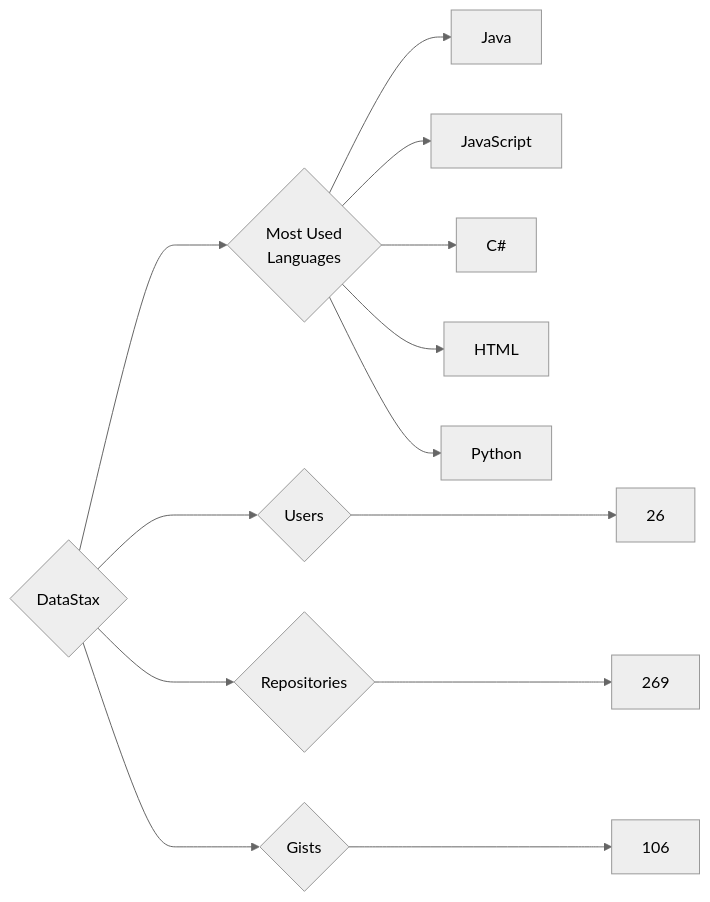
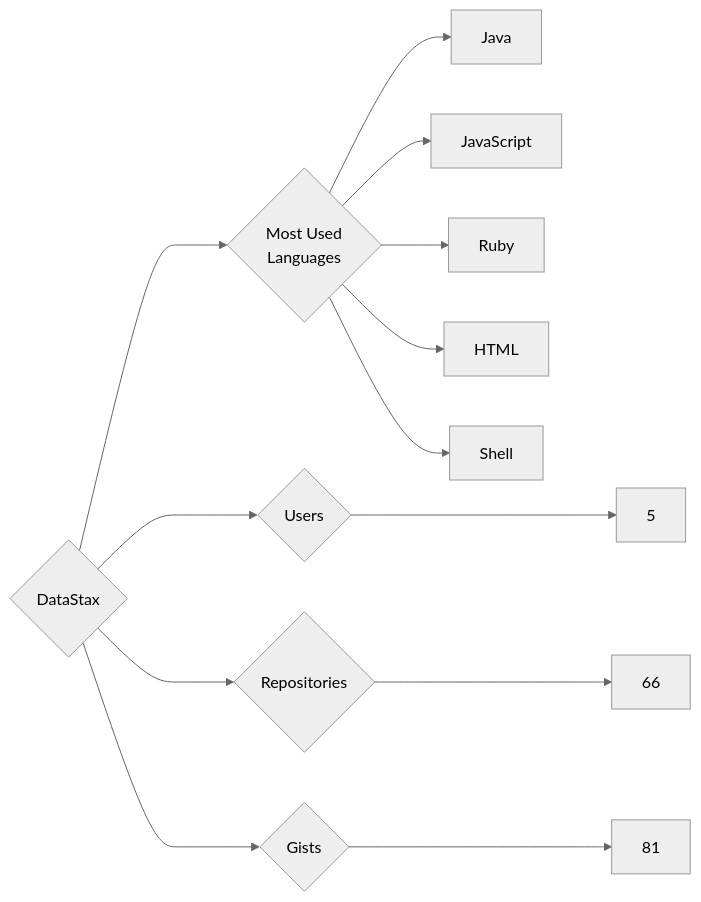
The diagram in targets/DataStax/README.md (trickest/insiders), drawn with Mermaid (neutral theme) before and after one commit. The commit also changed 899 other files, not shown here.

````diff
--- a/targets/DataStax/README.md
+++ b/targets/DataStax/README.md
@@ -3,13 +3,13 @@
 ```mermaid
 graph LR
 COMPANY_NAME{DataStax}
-COMPANY_NAME ---> U{Users} ---> UN[26]
-COMPANY_NAME ---> R{Repositories} ---> RN[269]
-COMPANY_NAME ---> G{Gists} ---> GN[106]
+COMPANY_NAME ---> U{Users} ---> UN[5]
+COMPANY_NAME ---> R{Repositories} ---> RN[66]
+COMPANY_NAME ---> G{Gists} ---> GN[81]
 COMPANY_NAME ---> ML{Most Used<br>Languages}
 ML --> Java[Java]
 ML --> JavaScript[JavaScript]
-ML --> C#[C#]
+ML --> Ruby[Ruby]
 ML --> HTML[HTML]
-ML --> Python[Python]
+ML --> Shell[Shell]
 ```
````
